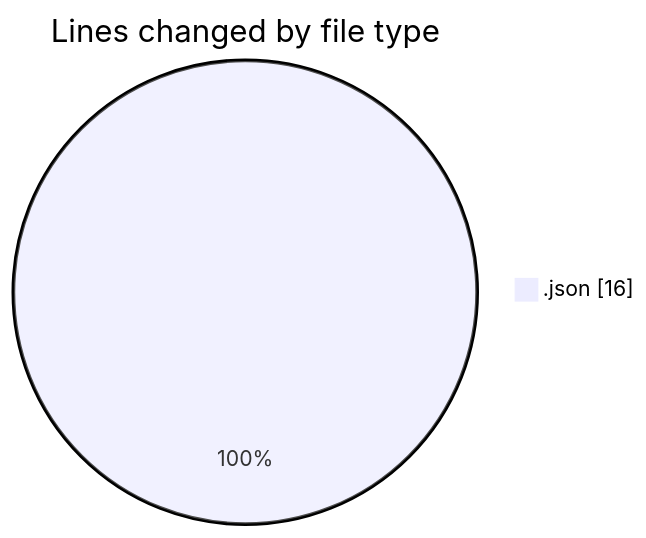
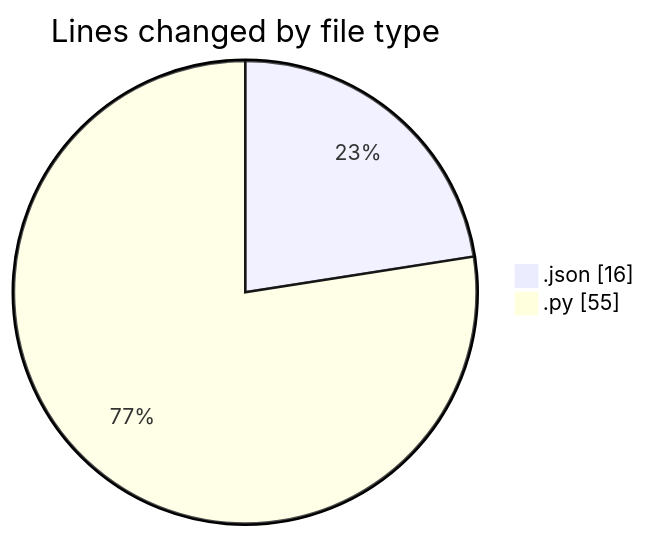
The first of 2 diagrams in 2025-03-29/myws__workspace_/README.md (MatusMokan/code-tracking), drawn with Mermaid before and after one commit. The commit also changed other lines of this file and 1 other file, not shown here.

````diff
--- a/2025-03-29/myws__workspace_/README.md
+++ b/2025-03-29/myws__workspace_/README.md
@@ -20,5 +21,6 @@
 ```mermaid
 pie showData
 title Lines changed by file type
 ".json" : 16
+".py" : 55
 ```
````
